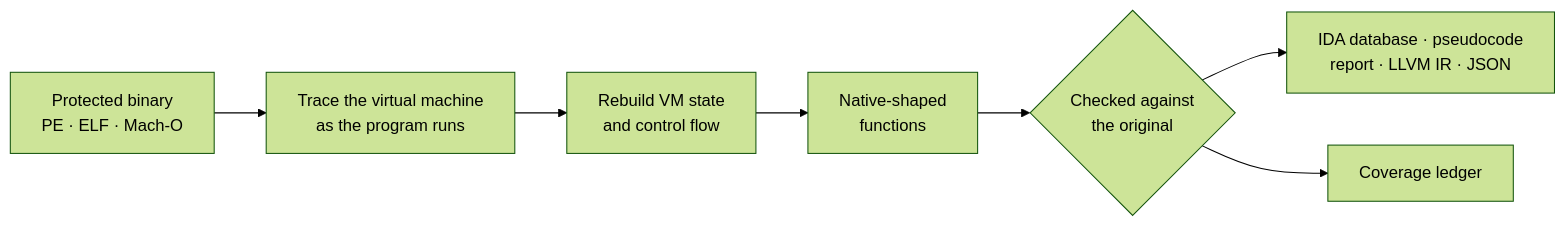
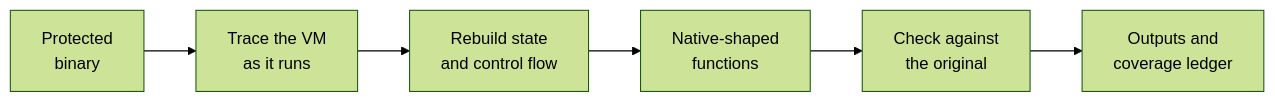
The diagram in profile/README.md (Devirt-re/.github), drawn with Mermaid (forest theme) before and after one commit.

Commit message:
Simplify the How Devirt works diagram

````diff
--- a/profile/README.md
+++ b/profile/README.md
@@ -25,9 +25,8 @@
 ```mermaid
 flowchart LR
-    A["Protected binary<br/>PE · ELF · Mach-O"] --> B["Trace the virtual machine<br/>as the program runs"]
-    B --> C["Rebuild VM state<br/>and control flow"]
+    A["Protected<br/>binary"] --> B["Trace the VM<br/>as it runs"]
+    B --> C["Rebuild state<br/>and control flow"]
     C --> D["Native-shaped<br/>functions"]
-    D --> E{"Checked against<br/>the original"}
-    E --> F["IDA database · pseudocode<br/>report · LLVM IR · JSON"]
-    E --> G["Coverage ledger"]
+    D --> E["Check against<br/>the original"]
+    E --> F["Outputs and<br/>coverage ledger"]
 ```
````
